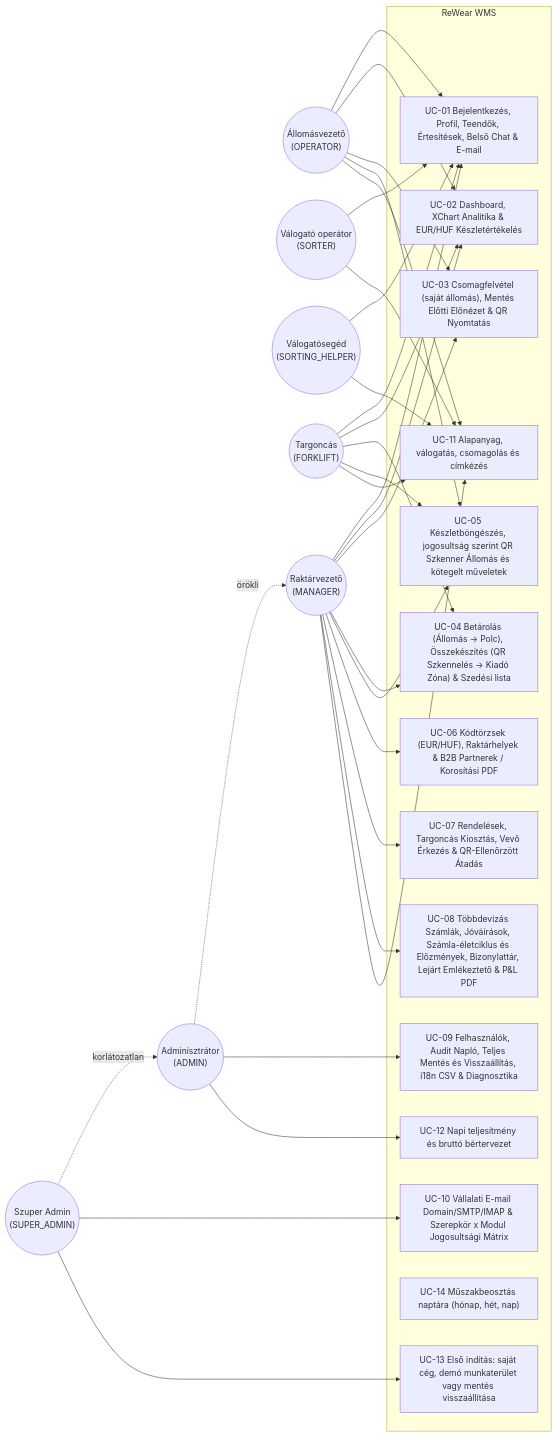
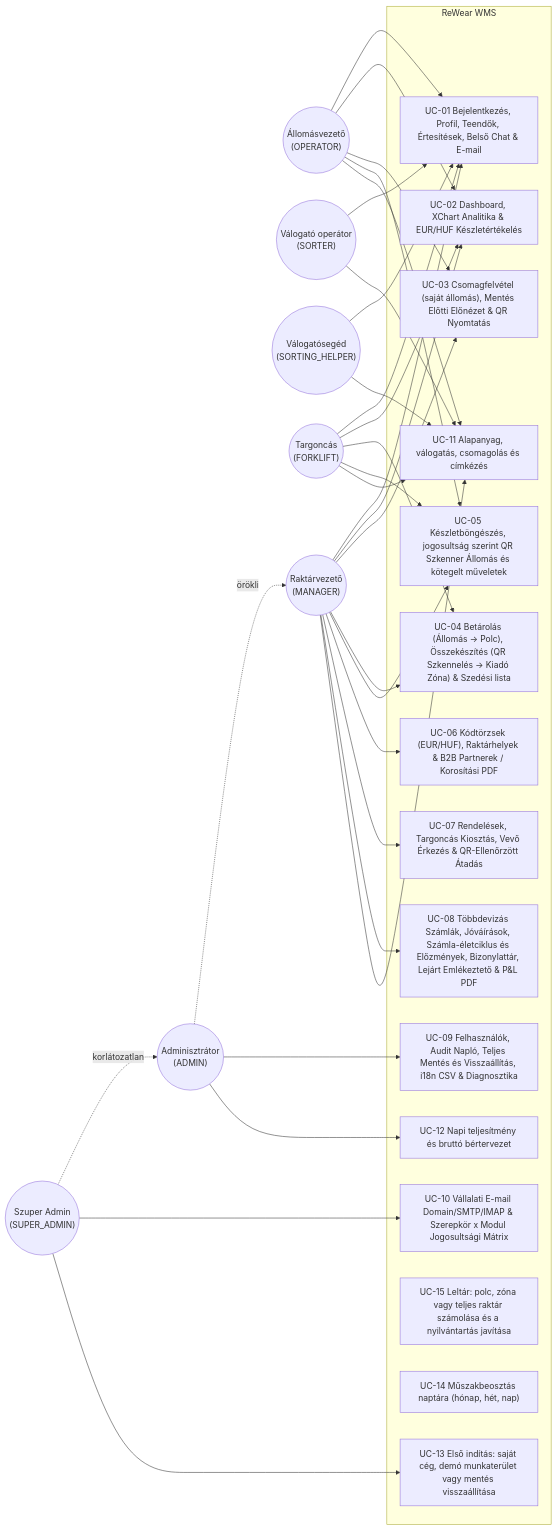
The second of 8 diagrams in docs/Programterv.md (attilaczudor/due-prog-03), drawn with Mermaid before and after one commit. The commit also changed other lines of this file and 18 other files, not shown here.

````diff
--- a/docs/Programterv.md
+++ b/docs/Programterv.md
@@ -64,62 +64,63 @@
 ```mermaid
 flowchart LR
     OP(("Állomásvezető<br/>(OPERATOR)"))
     SORTER(("Válogató operátor<br/>(SORTER)"))
     HELPER(("Válogatósegéd<br/>(SORTING_HELPER)"))
     FL(("Targoncás<br/>(FORKLIFT)"))
     MGR(("Raktárvezető<br/>(MANAGER)"))
     ADM(("Adminisztrátor<br/>(ADMIN)"))
     SADM(("Szuper Admin<br/>(SUPER_ADMIN)"))
 
     subgraph WMS["ReWear WMS"]
         UC1["UC-01 Bejelentkezés, Profil, Teendők, Értesítések, Belső Chat & E-mail"]
         UC2["UC-02 Dashboard, XChart Analitika & EUR/HUF Készletértékelés"]
         UC3["UC-03 Csomagfelvétel (saját állomás), Mentés Előtti Előnézet & QR Nyomtatás"]
         UC4["UC-04 Betárolás (Állomás -> Polc), Összekészítés (QR Szkennelés -> Kiadó Zóna) & Szedési lista"]
         UC5["UC-05 Készletböngészés, jogosultság szerint QR Szkenner Állomás és kötegelt műveletek"]
         UC6["UC-06 Kódtörzsek (EUR/HUF), Raktárhelyek & B2B Partnerek / Korosítási PDF"]
         UC7["UC-07 Rendelések, Targoncás Kiosztás, Vevő Érkezés & QR-Ellenőrzött Átadás"]
         UC8["UC-08 Többdevizás Számlák, Jóváírások, Számla-életciklus és Előzmények, Bizonylattár, Lejárt Emlékeztető & P&L PDF"]
         UC9["UC-09 Felhasználók, Audit Napló, Teljes Mentés és Visszaállítás, i18n CSV & Diagnosztika"]
         UC11["UC-11 Alapanyag, válogatás, csomagolás és címkézés"]
         UC12["UC-12 Napi teljesítmény és bruttó bértervezet"]
         UC10["UC-10 Vállalati E-mail Domain/SMTP/IMAP & Szerepkör x Modul Jogosultsági Mátrix"]
+        UC15["UC-15 Leltár: polc, zóna vagy teljes raktár számolása és a nyilvántartás javítása"]
         UC14["UC-14 Műszakbeosztás naptára (hónap, hét, nap)"]
         UC13["UC-13 Első indítás: saját cég, demó munkaterület vagy mentés visszaállítása"]
     end
 
     OP --> UC1
     OP --> UC2
     OP --> UC3
     OP --> UC5
     OP --> UC11
 
     SORTER --> UC1
     SORTER --> UC11
     HELPER --> UC1
     HELPER --> UC11
 
     FL --> UC1
     FL --> UC2
     FL --> UC4
     FL --> UC5
     FL --> UC11
 
     MGR --> UC1
     MGR --> UC2
     MGR --> UC3
     MGR --> UC4
     MGR --> UC5
     MGR --> UC6
     MGR --> UC7
     MGR --> UC8
     MGR --> UC11
 
     ADM -.->|"örökli"| MGR
     ADM --> UC9
     ADM --> UC12
 
     SADM -.->|"korlátozatlan"| ADM
     SADM --> UC10
     SADM --> UC13
 ```
````
